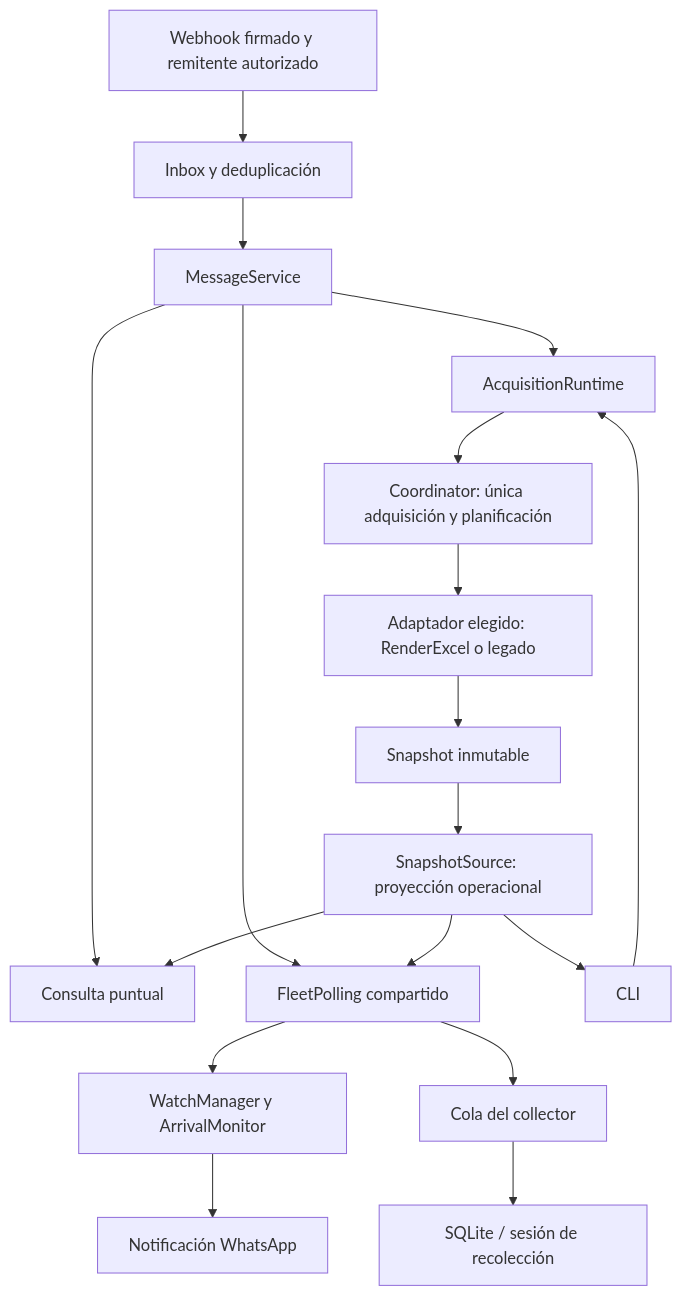
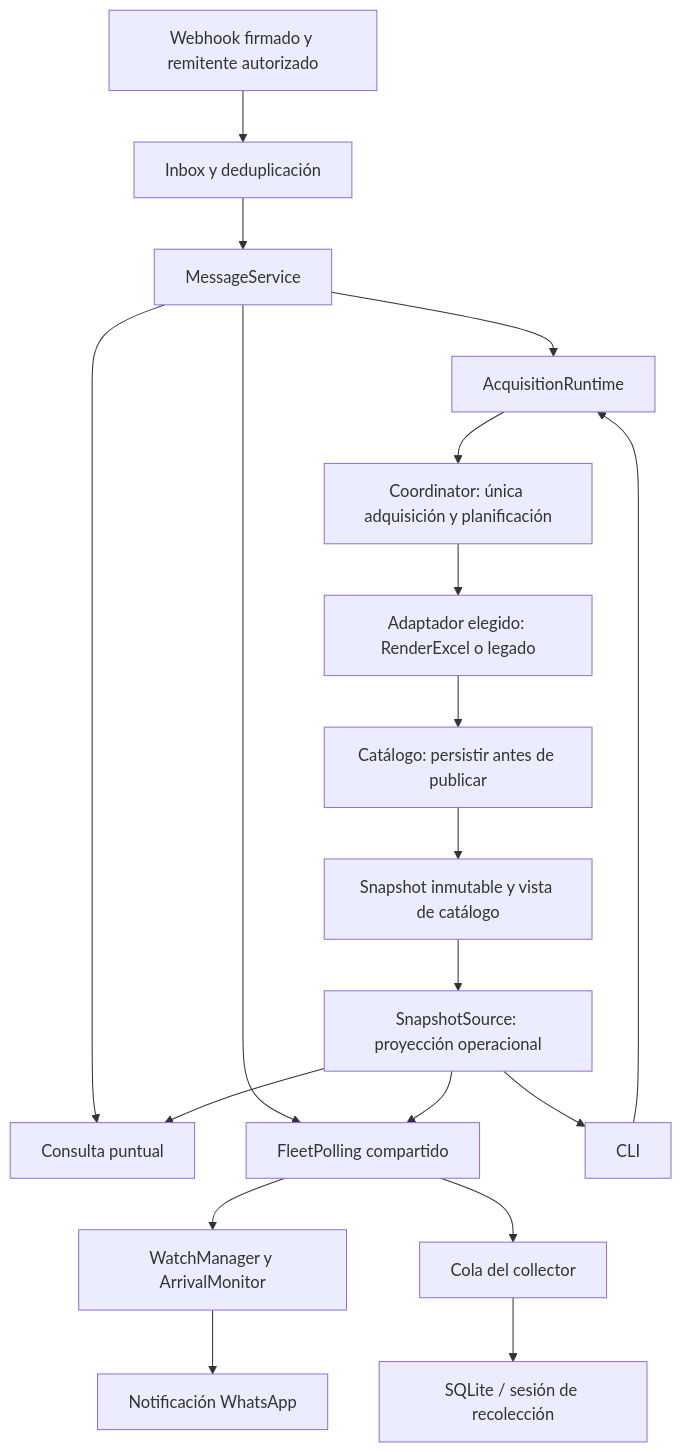
Before and after one commit to jc-bioeng/GPS_EMI: the diagram in docs/guia-del-sistema.md, drawn with Mermaid. The commit also changed other lines of this file and 23 other files, not shown here.

````diff
--- a/docs/guia-del-sistema.md
+++ b/docs/guia-del-sistema.md
@@ -33,20 +35,21 @@
 ```mermaid
 flowchart TD
   W[Webhook firmado y remitente autorizado] --> I[Inbox y deduplicación]
   I --> M[MessageService]
   M --> Q[Consulta puntual]
   M --> P[FleetPolling compartido]
   C[CLI] --> R[AcquisitionRuntime]
   M --> R
   R --> K[Coordinator: única adquisición y planificación]
   K --> L[Adaptador elegido: RenderExcel o legado]
-  L --> S[Snapshot inmutable]
+  L --> T[Catálogo: persistir antes de publicar]
+  T --> S[Snapshot inmutable y vista de catálogo]
   S --> V[SnapshotSource: proyección operacional]
   V --> Q
   V --> C
   V --> P
   P --> A[WatchManager y ArrivalMonitor]
   A --> N[Notificación WhatsApp]
   P --> B[Cola del collector]
   B --> D[SQLite / sesión de recolección]
 ```
````
